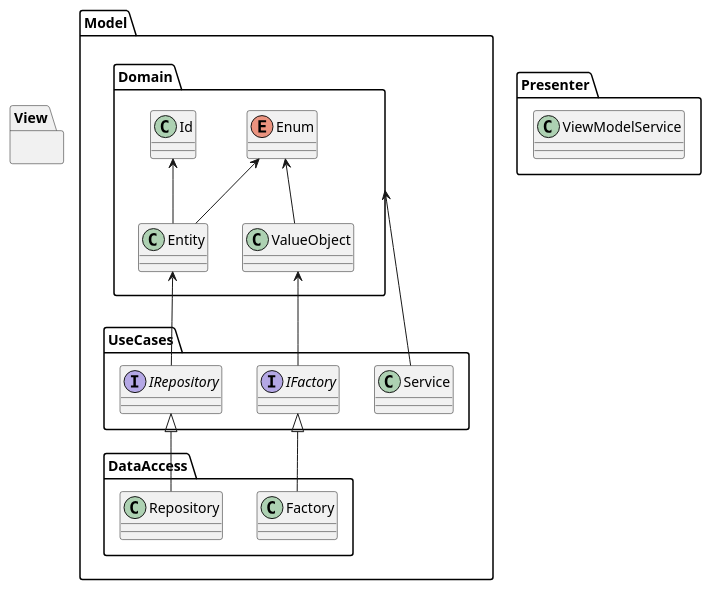
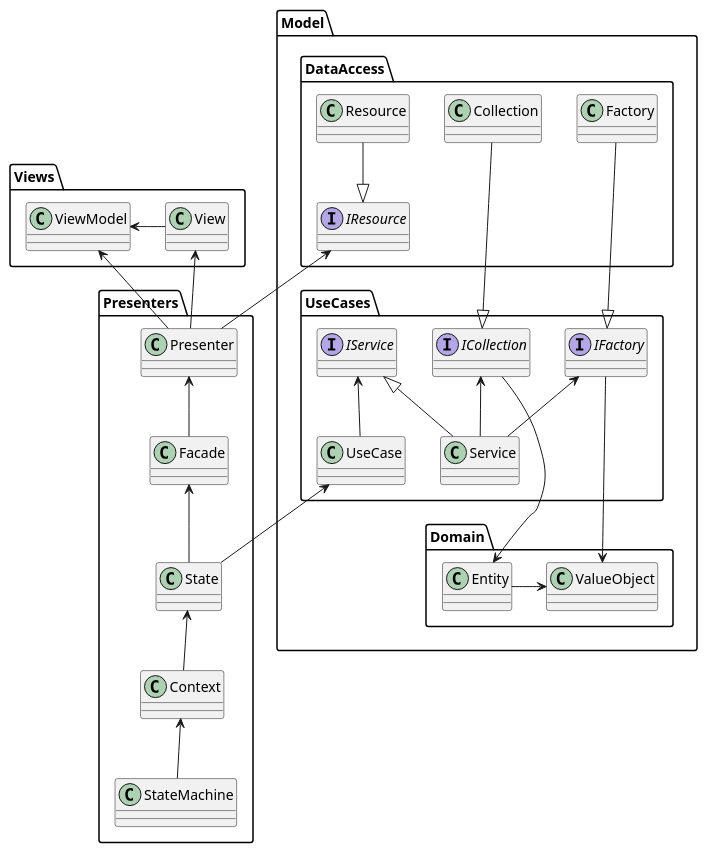
The diagram in Documents/PlantUML/ClassDiagram.puml (natsuhiko-maekawa/RPG), drawn with PlantUML before and after one commit.

Commit message:
クラス図を修正

```diff
--- a/Documents/PlantUML/ClassDiagram.puml
+++ b/Documents/PlantUML/ClassDiagram.puml
@@ -1,43 +1,60 @@
 @startuml
 'https://plantuml.com/class-diagram
 
 package Model{
+    package DataAccess{
+        class Collection
+        class Factory
+        interface IResource
+        class Resource
+        Resource --|> IResource
+    }
+
+    package UseCases{
+        class Service
+        class UseCase
+        interface ICollection
+        interface IFactory
+        interface IService
+        ICollection <-- Service
+        IFactory <-- Service
+        IService <|-- Service
+        IService <-- UseCase
+    }
+
     package Domain{
-        enum Enum
-        class Id
         class Entity
         class ValueObject
-        Enum <-- Entity
-        Id <-- Entity
-        Enum <-- ValueObject
+        ValueObject <-l- Entity
     }
-    
-    package UseCases{
-        class Service
-        interface IRepository
-        interface IFactory
-        Domain <-- Service
-        Entity <-- IRepository
-        ValueObject <-- IFactory
-    }
-    
-    package DataAccess{
-        class Repository
-        class Factory
-        IRepository <|-- Repository
-        IFactory <|-- Factory
-    }
+
+    ICollection ---> Entity
+    IFactory ---> ValueObject
+    Collection ---|> ICollection
+    Factory ---|> IFactory
 }
 
-package Presenter{
-    class ViewModelService
+package Presenters{
+    class State
+    class Context
+    class StateMachine
+    class Facade
+    class Presenter
+    UseCase <-- State
+    Facade <-- State
+    Presenter <-- Facade
+    State <-- Context
+    Context <-- StateMachine
 }
 
-package View{
+package Views{
+    class View
+    class ViewModel
+    ViewModel <- View
 }
 
-
-
-
+IResource <-- Presenter
+View <-- Presenter
+ViewModel <-- Presenter
 
 @enduml
```
